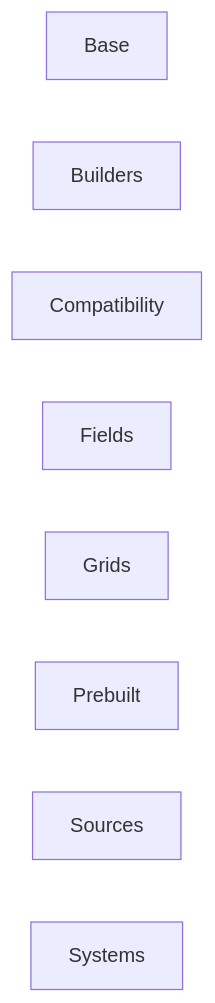
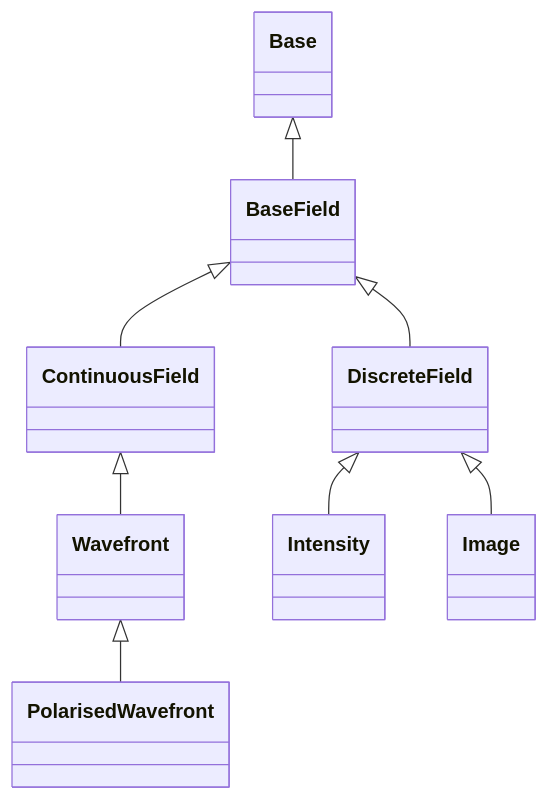
The second of 11 diagrams in docs/API/core/overview.md (LouisDesdoigts/dLux), drawn with Mermaid before and after one commit. The commit also changed other lines of this file and 22 other files, not shown here.

````diff
--- a/docs/API/core/overview.md
+++ b/docs/API/core/overview.md
@@ -7,19 +25,25 @@
 ```mermaid
-flowchart LR
-    dLux_base["Base"]
-    click dLux_base href "../base/" "Public API: Base"
-    dLux_builders["Builders"]
-    click dLux_builders href "../builders/" "Public API: BaseBuilder, BaseOPDDef, Norm, ZernikeDef, ApertureBuilder, SparseApertureBuilder"
-    dLux_compatibility["Compatibility"]
-    click dLux_compatibility href "../compatibility/" "Public API: ABCDConjugatePlane, AddConstant, ASMPropagator, AberratedAperture, AngularOpticalSystem, ApplyJitter, ApplyPixelResponse, ApplySaturation, BaseCoordTransform, BaseDetector, BaseOpticalSystem, BaseSpectrum, BasisLayer, BasisOptic, CartesianOpticalSystem, CircularAperture, CompoundAperture, CoordSpec, CoordTransform, DistortedCoords, Dither, FFT, FFTPropagator, Instrument, LayeredDetector, LayeredOpticalSystem, MFT, MFTPropagator, MultiAperture, PadSpec, ParametricOpticalSystem, ParametricLayeredOpticalSystem, PointResolvedSource, PointSource, PointSources, PSF, PolySpectrum, RectangularAperture, RegPolyAperture, ResolvedSource, Rotate, Scene, Spec, SquareAperture, Telescope, Zernike"
-    dLux_fields["Fields"]
-    click dLux_fields href "../fields/" "Public API: BaseField, ContinuousField, DiscreteField, Wavefront, PolarisedWavefront, Intensity, Image"
-    dLux_grids["Grids"]
-    click dLux_grids href "../grids/" "Public API: BaseGridSpec, GridSpec, ResizeSpec, PasteSpec, BaseCoordTransform, Affine, AffineMap, TransformChain, Distortion"
-    dLux_prebuilt["Prebuilt"]
-    click dLux_prebuilt href "../prebuilt/" "Public API: SimpleCircular, SegmentedHex, NRMLike, HSTLike, JWSTLike, JWSTNRMLike, EuclidLike"
-    dLux_sources["Sources"]
-    click dLux_sources href "../sources/" "Public API: BaseSource, Spectrum, Source, BinarySource"
-    dLux_systems["Systems"]
-    click dLux_systems href "../systems/" "Public API: LayeredSystem, OpticalSystem, DetectorSystem"
+classDiagram
+    class dLux_fields_BaseField["BaseField"]
+    class dLux_fields_ContinuousField["ContinuousField"]
+    class dLux_fields_DiscreteField["DiscreteField"]
+    class dLux_fields_Wavefront["Wavefront"]
+    class dLux_fields_PolarisedWavefront["PolarisedWavefront"]
+    class dLux_fields_Intensity["Intensity"]
+    class dLux_fields_Image["Image"]
+    class dLux_base_Base["Base"]
+    dLux_base_Base <|-- dLux_fields_BaseField
+    click dLux_fields_BaseField href "../fields/#dLux.fields.BaseField" "Attributes: grid · Properties: field, spatial_shape, axes, coordinates, xs, npixels, pixel_scale, center, diameter · Methods: normalise(), convolve(), resize(), downsample(), flip()"
+    dLux_fields_BaseField <|-- dLux_fields_ContinuousField
+    click dLux_fields_ContinuousField href "../fields/#dLux.fields.ContinuousField" "Attributes: grid · Methods: scale_to(), interpolate(), rotate()"
+    dLux_fields_BaseField <|-- dLux_fields_DiscreteField
+    click dLux_fields_DiscreteField href "../fields/#dLux.fields.DiscreteField" "No direct public attributes or methods"
+    dLux_fields_ContinuousField <|-- dLux_fields_Wavefront
+    click dLux_fields_Wavefront href "../fields/#dLux.fields.Wavefront" "Attributes: grid, phasor, wavelength · Properties: field, real, imaginary, amplitude, phase, complex, polar, intensity, psf, wavenumber, batch_ndim, is_chromatic, is_polarised, power · Methods: from_phasor(), to_intensity(), add_phase(), add_opd(), tilt(), normalise(), apply_jones(), intensity_from_stokes(), psf_from_stokes()"
+    dLux_fields_Wavefront <|-- dLux_fields_PolarisedWavefront
+    click dLux_fields_PolarisedWavefront href "../fields/#dLux.fields.PolarisedWavefront" "Attributes: grid, phasor, wavelength · Properties: is_polarised, batch_ndim, intensity, psf · Methods: from_phasor(), from_wavefront(), intensity_from_stokes(), psf_from_stokes(), stokes(), apply_jones()"
+    dLux_fields_DiscreteField <|-- dLux_fields_Intensity
+    click dLux_fields_Intensity href "../fields/#dLux.fields.Intensity" "Attributes: data, grid · Properties: field, batch_ndim · Methods: from_wavefront(), scale_to(), interpolate(), rotate(), to_image()"
+    dLux_fields_DiscreteField <|-- dLux_fields_Image
+    click dLux_fields_Image href "../fields/#dLux.fields.Image" "Attributes: data, grid, std, read_noise · Properties: field, variance, fourier_transform, amplitude_spectrum, power_spectrum · Methods: from_intensity(), add_poisson_noise(), add_read_noise(), simulate()"
 ```
````
